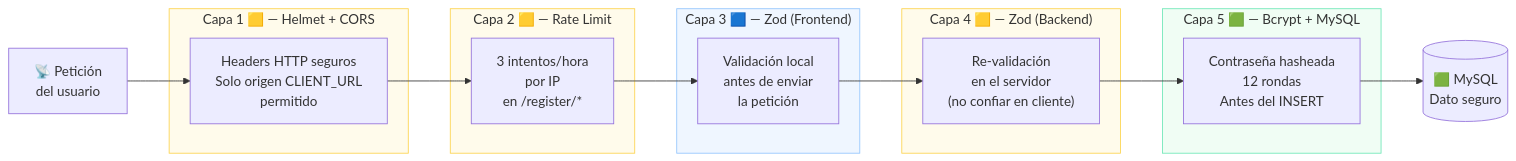
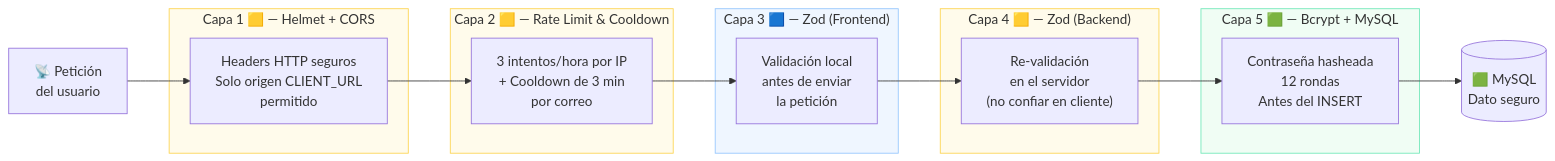
The sixth of 6 diagrams in web/modules/registro/Registro_Plan.md (arturomiranda/ds-qs), drawn with Mermaid before and after one commit. The commit also changed other lines of this file and 3 other files, not shown here.

````diff
--- a/web/modules/registro/Registro_Plan.md
+++ b/web/modules/registro/Registro_Plan.md
@@ -624,38 +596,36 @@
 ```mermaid
 flowchart LR
     REQ["📡 Petición<br/>del usuario"] --> H
 
     subgraph L1["Capa 1 🟨 — Helmet + CORS"]
         H["Headers HTTP seguros<br/>Solo origen CLIENT_URL<br/>permitido"]
     end
 
-    subgraph L2["Capa 2 🟨 — Rate Limit"]
-        RL["3 intentos/hora<br/>por IP<br/>en /register/*"]
+    subgraph L2["Capa 2 🟨 — Rate Limit & Cooldown"]
+        RL["3 intentos/hora por IP<br/>+ Cooldown de 3 min<br/>por correo"]
     end
 
     subgraph L3["Capa 3 🟦 — Zod (Frontend)"]
         Z["Validación local<br/>antes de enviar<br/>la petición"]
     end
 
     subgraph L4["Capa 4 🟨 — Zod (Backend)"]
         ZB["Re-validación<br/>en el servidor<br/>(no confiar en cliente)"]
     end
 
     subgraph L5["Capa 5 🟩 — Bcrypt + MySQL"]
         B["Contraseña hasheada<br/>12 rondas<br/>Antes del INSERT"]
     end
 
-    %% Conexiones directas entre los nodos internos para mantener el flujo lineal
     H --> RL
     RL --> Z
     Z --> ZB
     ZB --> B
     B --> DB[("🟩 MySQL<br/>Dato seguro")]
 
-    %% Estilos de los contenedores
     style L1 fill:#FFFBEB,stroke:#FCD34D
     style L2 fill:#FFFBEB,stroke:#FCD34D
     style L3 fill:#EFF6FF,stroke:#93C5FD
     style L4 fill:#FFFBEB,stroke:#FCD34D
     style L5 fill:#F0FDF4,stroke:#6EE7B7
 ```
````
